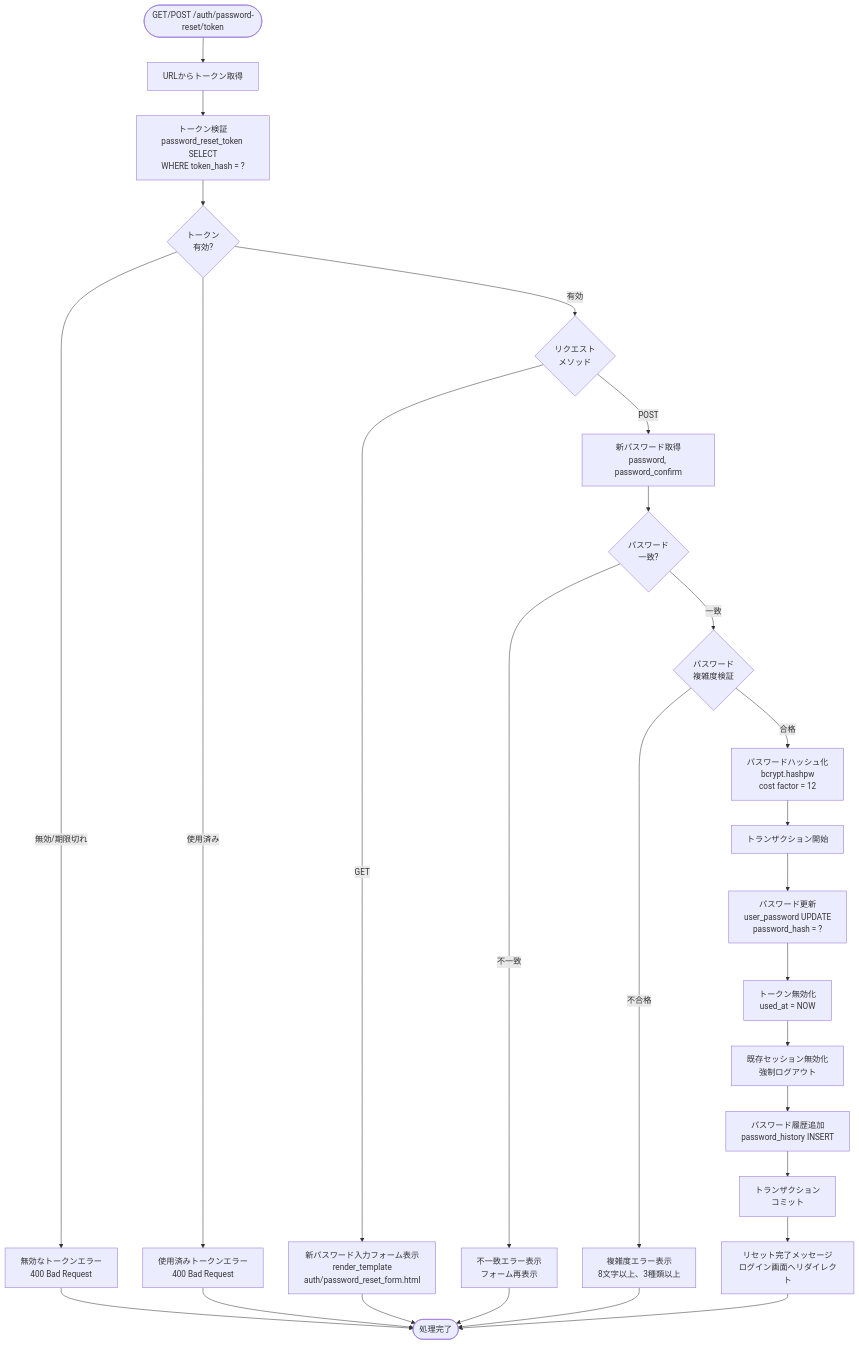
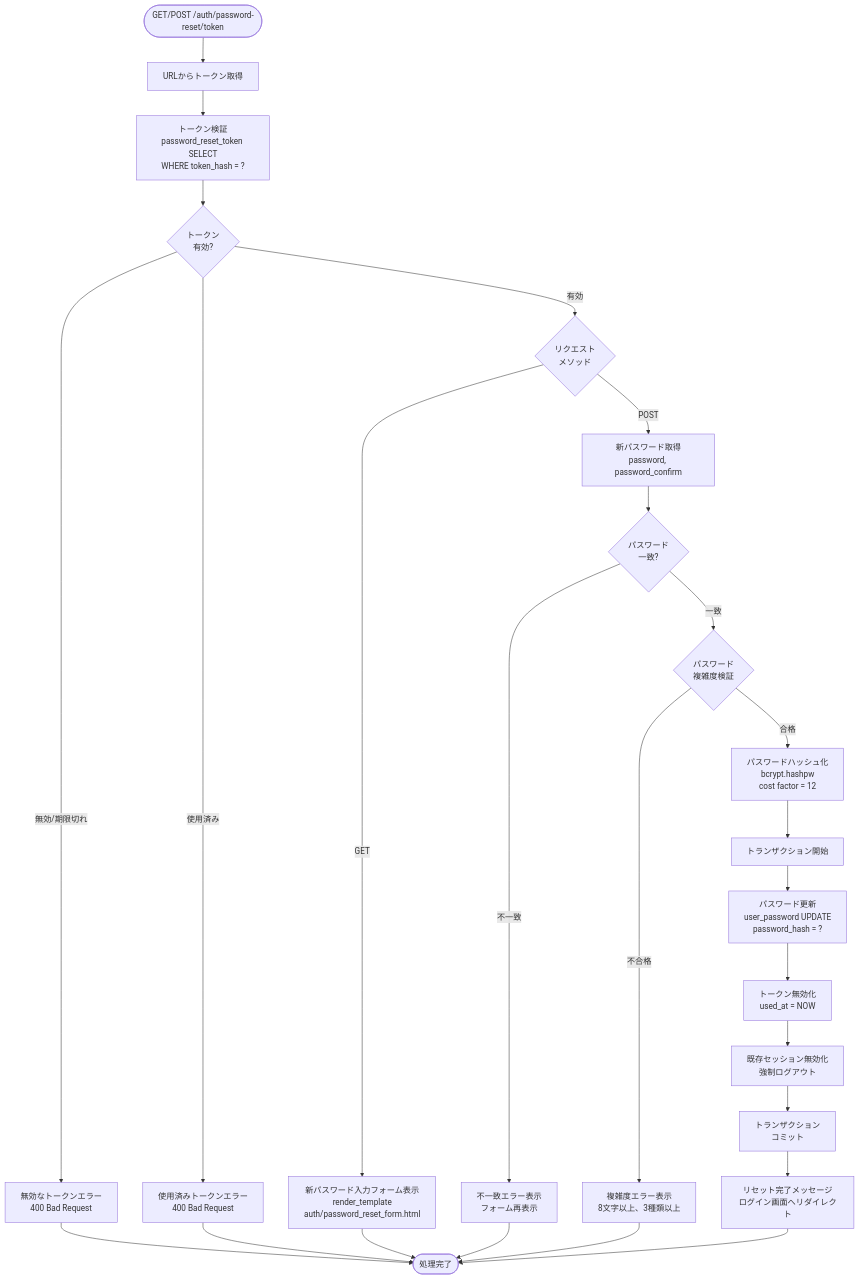
One commit to NSW-SVCP-AIWG002/Databricks-IoT changed the fourth of 4 diagrams in docs/03-features/common/authentication-specification.md. Above: the diagram before and after it, drawn with Mermaid. The commit also changed other lines of this file and 4 other files, not shown here.

````diff
--- a/docs/03-features/common/authentication-specification.md
+++ b/docs/03-features/common/authentication-specification.md
@@ -1442,41 +1661,39 @@
 ```mermaid
 flowchart TD
     Start([GET/POST /auth/password-reset/token]) --> GetToken[URLからトークン取得]
     GetToken --> ValidateToken[トークン検証<br>password_reset_token SELECT<br>WHERE token_hash = ?]
 
     ValidateToken --> CheckToken{トークン<br>有効?}
 
     CheckToken -->|無効/期限切れ| ShowInvalidErr[無効なトークンエラー<br>400 Bad Request]
     ShowInvalidErr --> End1([処理完了])
 
     CheckToken -->|使用済み| ShowUsedErr[使用済みトークンエラー<br>400 Bad Request]
     ShowUsedErr --> End1
 
     CheckToken -->|有効| CheckMethod{リクエスト<br>メソッド}
 
     CheckMethod -->|GET| ShowNewPwForm[新パスワード入力フォーム表示<br>render_template<br>auth/password_reset_form.html]
     ShowNewPwForm --> End1
 
     CheckMethod -->|POST| GetNewPw[新パスワード取得<br>password, password_confirm]
     GetNewPw --> CheckMatch{パスワード<br>一致?}
 
     CheckMatch -->|不一致| ShowMatchErr[不一致エラー表示<br>フォーム再表示]
     ShowMatchErr --> End1
 
     CheckMatch -->|一致| ValidateComplexity{パスワード<br>複雑度検証}
 
     ValidateComplexity -->|不合格| ShowComplexErr[複雑度エラー表示<br>8文字以上、3種類以上]
     ShowComplexErr --> End1
 
     ValidateComplexity -->|合格| HashPassword[パスワードハッシュ化<br>bcrypt.hashpw<br>cost factor = 12]
     HashPassword --> BeginTx[トランザクション開始]
 
     BeginTx --> UpdatePw[パスワード更新<br>user_password UPDATE<br>password_hash = ?]
     UpdatePw --> InvalidateToken[トークン無効化<br>used_at = NOW]
     InvalidateToken --> ClearSessions[既存セッション無効化<br>強制ログアウト]
-    ClearSessions --> AddHistory[パスワード履歴追加<br>password_history INSERT]
-
-    AddHistory --> CommitTx[トランザクション<br>コミット]
+    ClearSessions --> CommitTx[トランザクション<br>コミット]
     CommitTx --> ShowResetSuccess[リセット完了メッセージ<br>ログイン画面へリダイレクト]
     ShowResetSuccess --> End1
 ```
````
